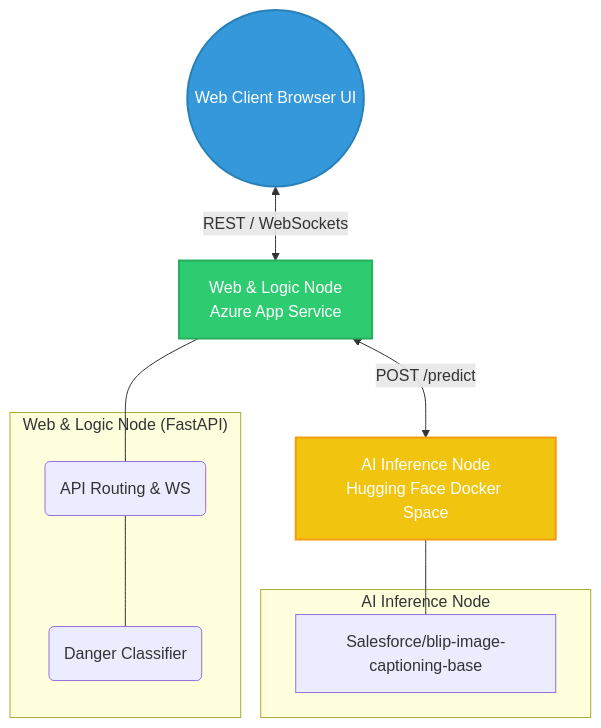
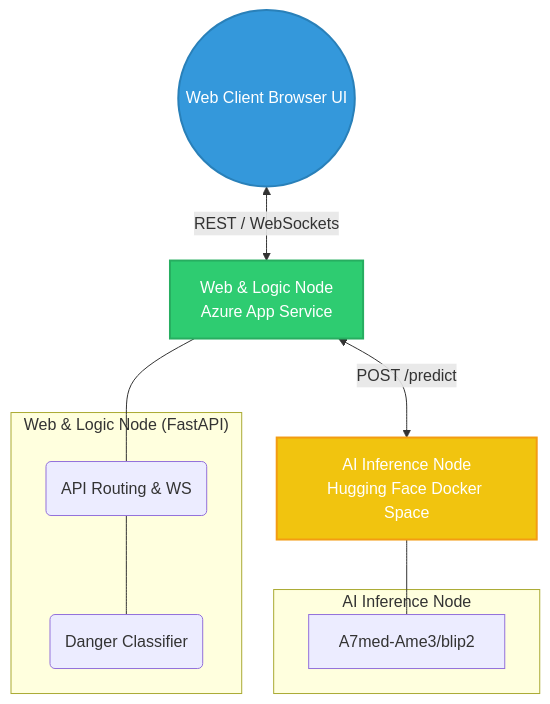
Before and after one commit to Ahmed-7-ML/RealTime_Scene_Description: the first of 4 diagrams in README.md, drawn with Mermaid. The commit also changed other lines of this file and 4 other files, not shown here.

Commit message:
Update Model to Blip2-Finetuned

````diff
--- a/README.md
+++ b/README.md
@@ -32,26 +32,26 @@
 ```mermaid
 graph TD
     classDef client fill:#3498db,stroke:#2980b9,stroke-width:2px,color:#fff;
     classDef azure fill:#2ecc71,stroke:#27ae60,stroke-width:2px,color:#fff;
     classDef hf fill:#f1c40f,stroke:#f39c12,stroke-width:2px,color:#fff;
 
     Client((Web Client Browser UI)):::client
     Azure[Web & Logic Node<br/>Azure App Service]:::azure
     HFSpace[AI Inference Node<br/>Hugging Face Docker Space]:::hf
 
     Client <-->|REST / WebSockets| Azure
     Azure <-->|POST /predict| HFSpace
     
     subgraph "Web & Logic Node (FastAPI)"
         MainAPI(API Routing & WS)
         DangerCL(Danger Classifier)
     end
     
     subgraph "AI Inference Node"
-        BlipModel[Salesforce/blip-image-captioning-base]
+        BlipModel[A7med-Ame3/blip2]
     end
 
     Azure --- MainAPI
     MainAPI --- DangerCL
     HFSpace --- BlipModel
 ```
````
